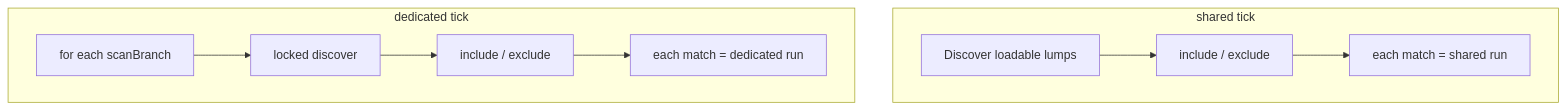
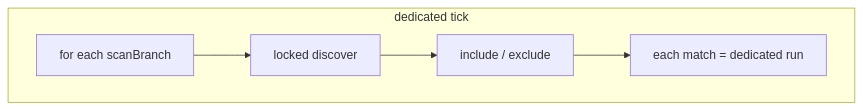
The fourth of 4 diagrams in packages/apps/cli/DOCS/concepts.md (lumpcode/lumpcode), drawn with Mermaid before and after one commit. The commit also changed other lines of this file and 88 other files, not shown here.

First line of the commit message:
LUMP: backlog - shared-in-place-run-open-pr-lump-prefix_testImpl

````diff
--- a/packages/apps/cli/DOCS/concepts.md
+++ b/packages/apps/cli/DOCS/concepts.md
@@ -210,9 +209,6 @@
 ```mermaid
 flowchart TD
-  subgraph sharedTick ["shared tick"]
-    s1["Discover loadable lumps"] --> s2["include / exclude"] --> s3["each match = shared run"]
-  end
   subgraph dedicatedTick ["dedicated tick"]
     d1["for each scanBranch"] --> d2["locked discover"] --> d3["include / exclude"] --> d4["each match = dedicated run"]
   end
 ```
````
